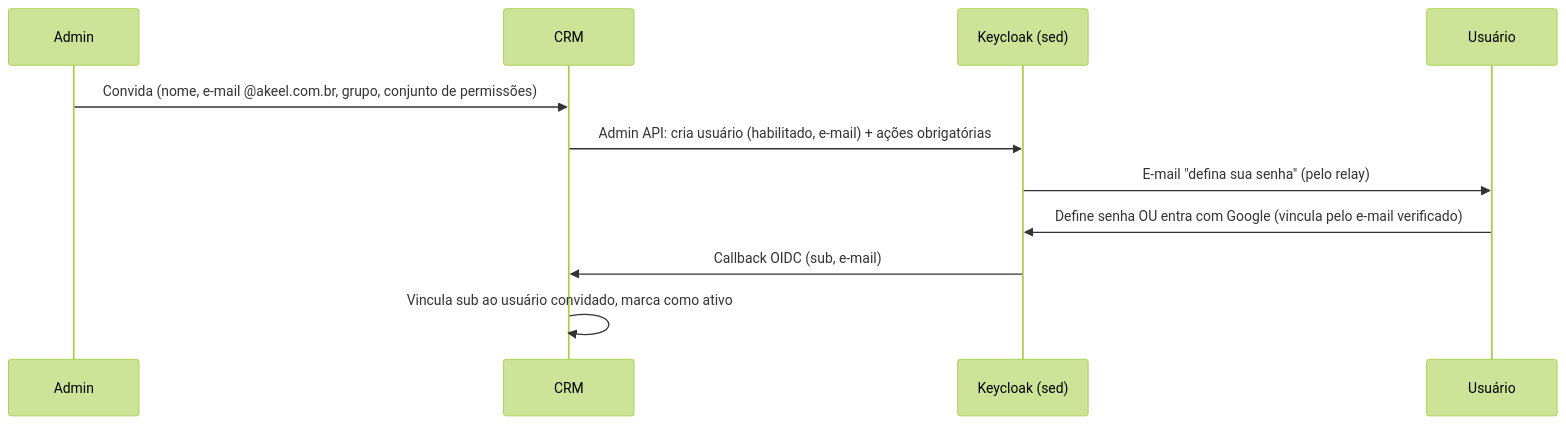
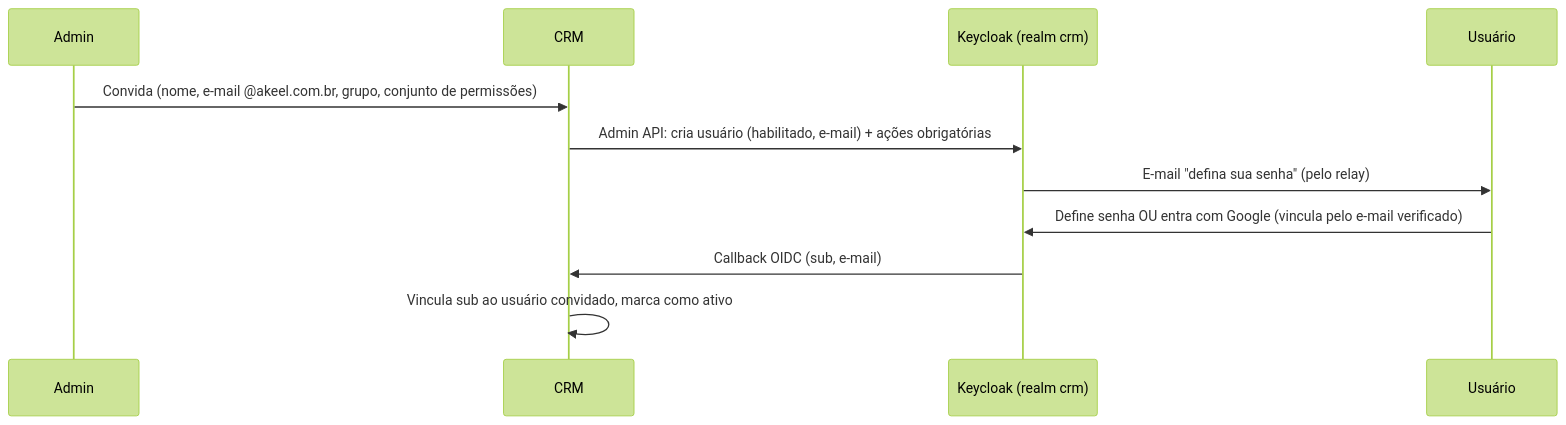
One commit to akeel-dev/crm-akeel changed the third of 4 diagrams in especificacao-crm-akeel-v1.1.md. Above: the diagram before and after it, drawn with Mermaid (forest theme). The commit also changed other lines of this file and 15 other files, not shown here.

First line of the commit message:
Spec v1.2 (Keycloak realm crm), ADR 0004 aceito, emendas 0001/0003, stories ajustadas

````diff
--- a/especificacao-crm-akeel-v1.1.md
+++ b/especificacao-crm-akeel-v1.1.md
@@ -398,13 +441,13 @@
 ```mermaid
 sequenceDiagram
     participant Admin
     participant CRM
-    participant KC as Keycloak (sed)
+    participant KC as Keycloak (realm crm)
     participant U as Usuário
     Admin->>CRM: Convida (nome, e-mail @akeel.com.br, grupo, conjunto de permissões)
     CRM->>KC: Admin API: cria usuário (habilitado, e-mail) + ações obrigatórias
     KC->>U: E-mail "defina sua senha" (pelo relay)
     U->>KC: Define senha OU entra com Google (vincula pelo e-mail verificado)
     KC->>CRM: Callback OIDC (sub, e-mail)
     CRM->>CRM: Vincula sub ao usuário convidado, marca como ativo
 ```
````
